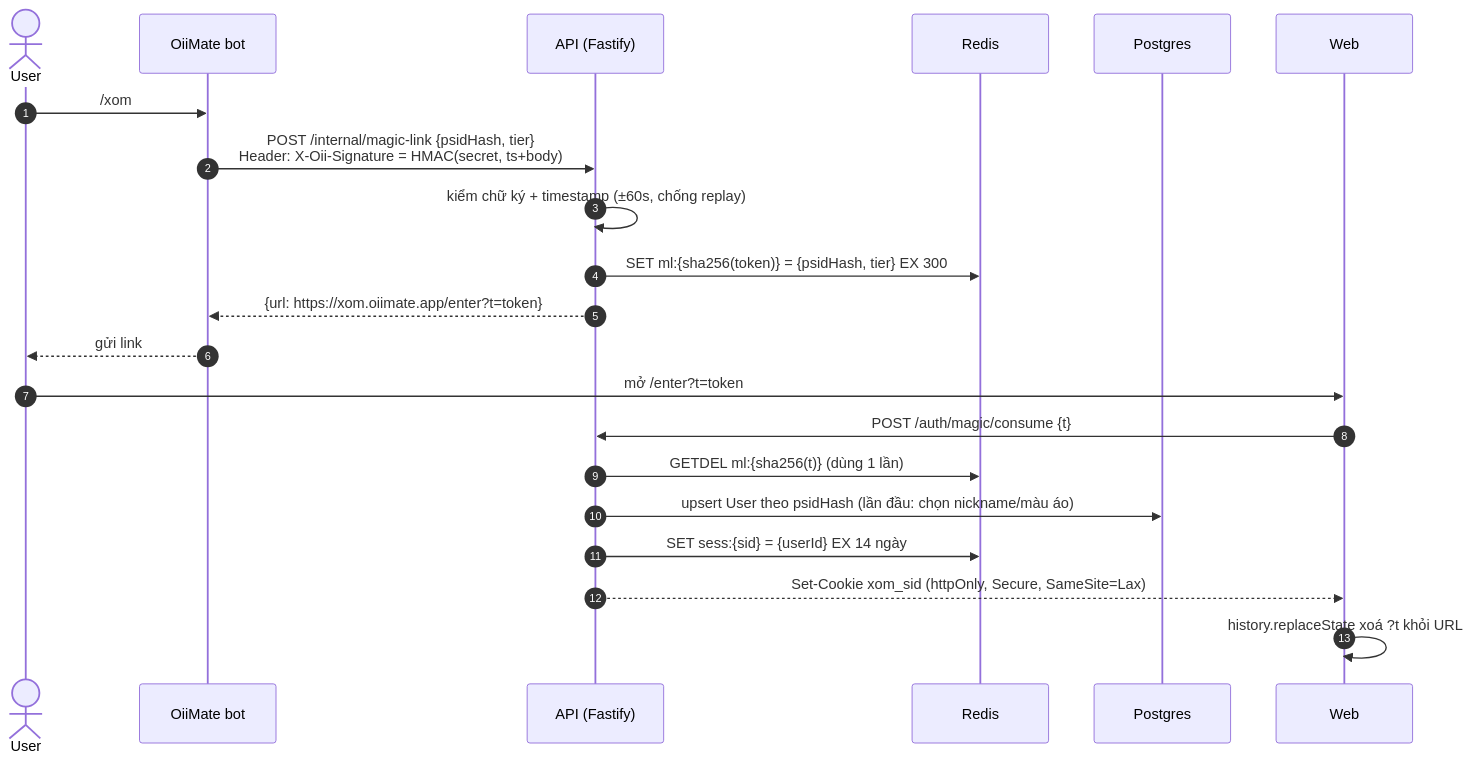
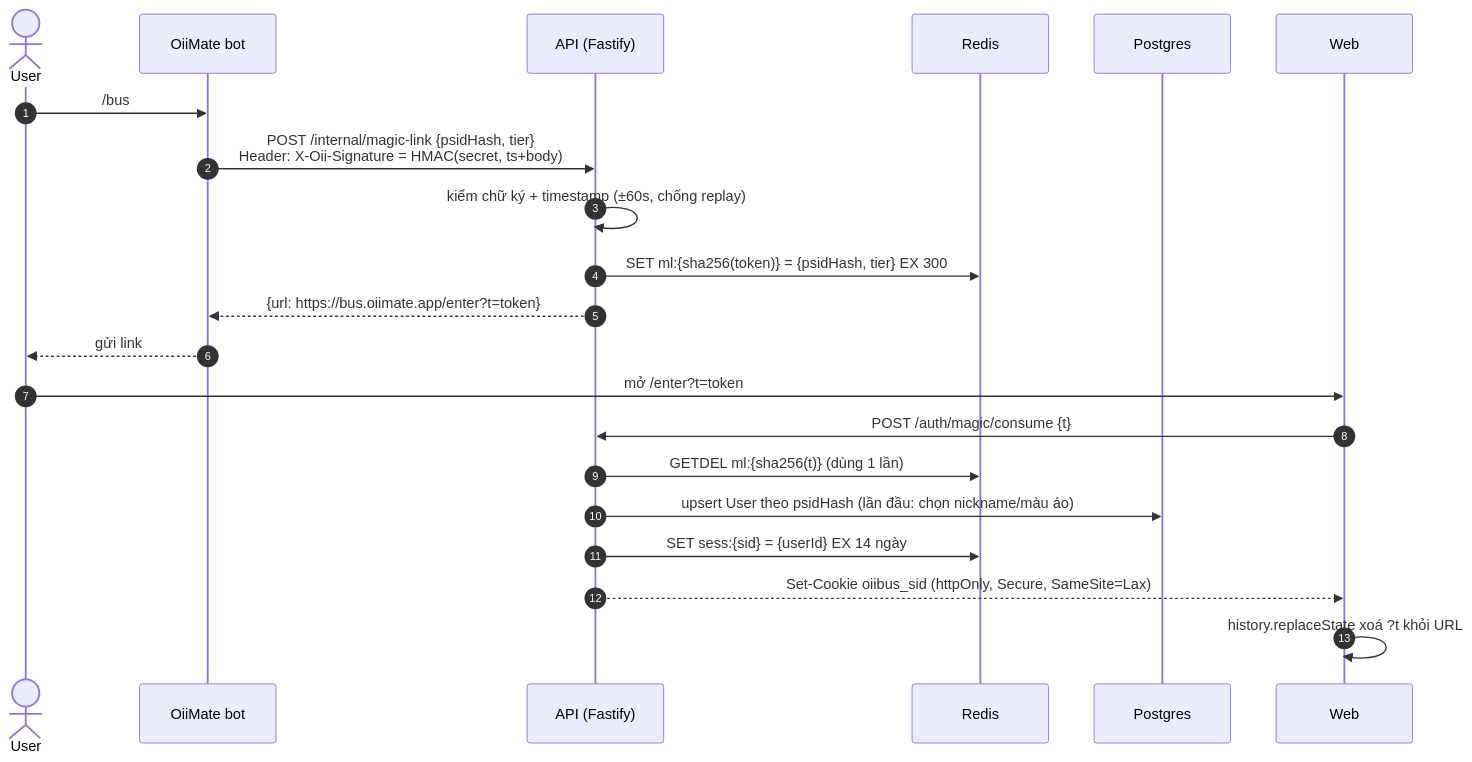
The second of 9 diagrams in docs/ARCHITECTURE.md (tonyfromvietnam/oii-bus), drawn with Mermaid before and after one commit. The commit also changed other lines of this file and 46 other files, not shown here.

````diff
--- a/docs/ARCHITECTURE.md
+++ b/docs/ARCHITECTURE.md
@@ -67,24 +67,24 @@
 ```mermaid
 sequenceDiagram
   autonumber
   actor U as User
   participant B as OiiMate bot
   participant A as API (Fastify)
   participant R as Redis
   participant DB as Postgres
   participant W as Web
 
-  U->>B: /xom
+  U->>B: /bus
   B->>A: POST /internal/magic-link {psidHash, tier}<br/>Header: X-Oii-Signature = HMAC(secret, ts+body)
   A->>A: kiểm chữ ký + timestamp (±60s, chống replay)
   A->>R: SET ml:{sha256(token)} = {psidHash, tier} EX 300
-  A-->>B: {url: https://xom.oiimate.app/enter?t=token}
+  A-->>B: {url: https://bus.oiimate.app/enter?t=token}
   B-->>U: gửi link
   U->>W: mở /enter?t=token
   W->>A: POST /auth/magic/consume {t}
   A->>R: GETDEL ml:{sha256(t)} (dùng 1 lần)
   A->>DB: upsert User theo psidHash (lần đầu: chọn nickname/màu áo)
   A->>R: SET sess:{sid} = {userId} EX 14 ngày
-  A-->>W: Set-Cookie xom_sid (httpOnly, Secure, SameSite=Lax)
+  A-->>W: Set-Cookie oiibus_sid (httpOnly, Secure, SameSite=Lax)
   W->>W: history.replaceState xoá ?t khỏi URL
 ```
````
